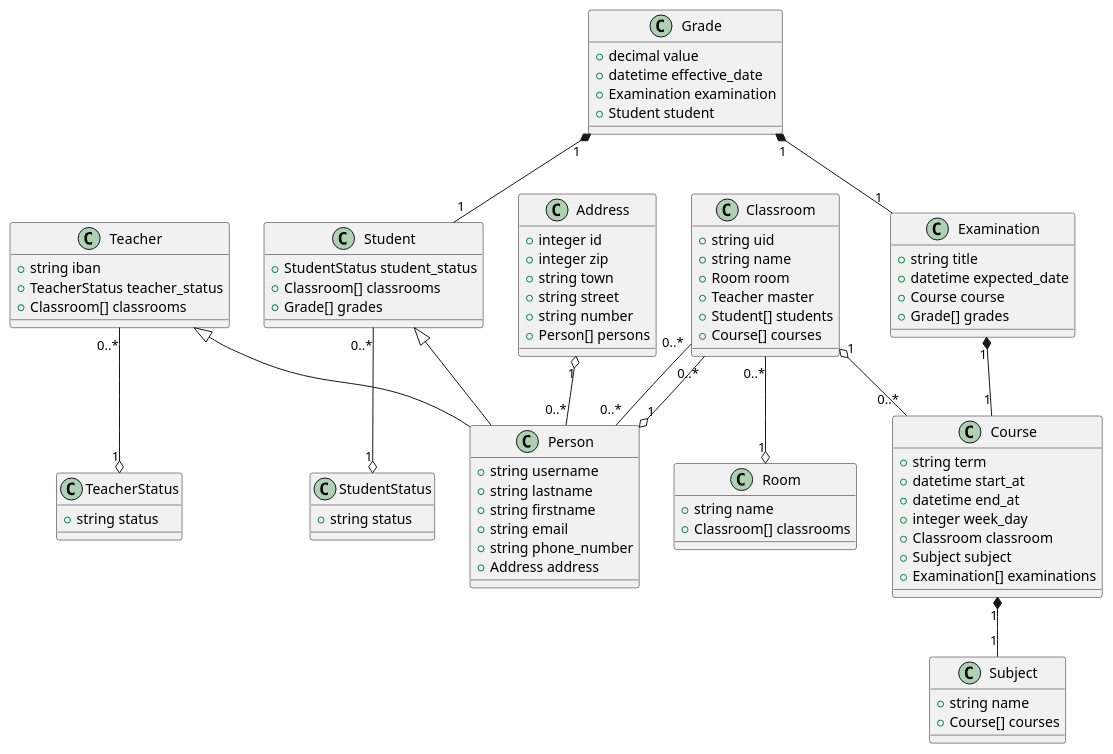
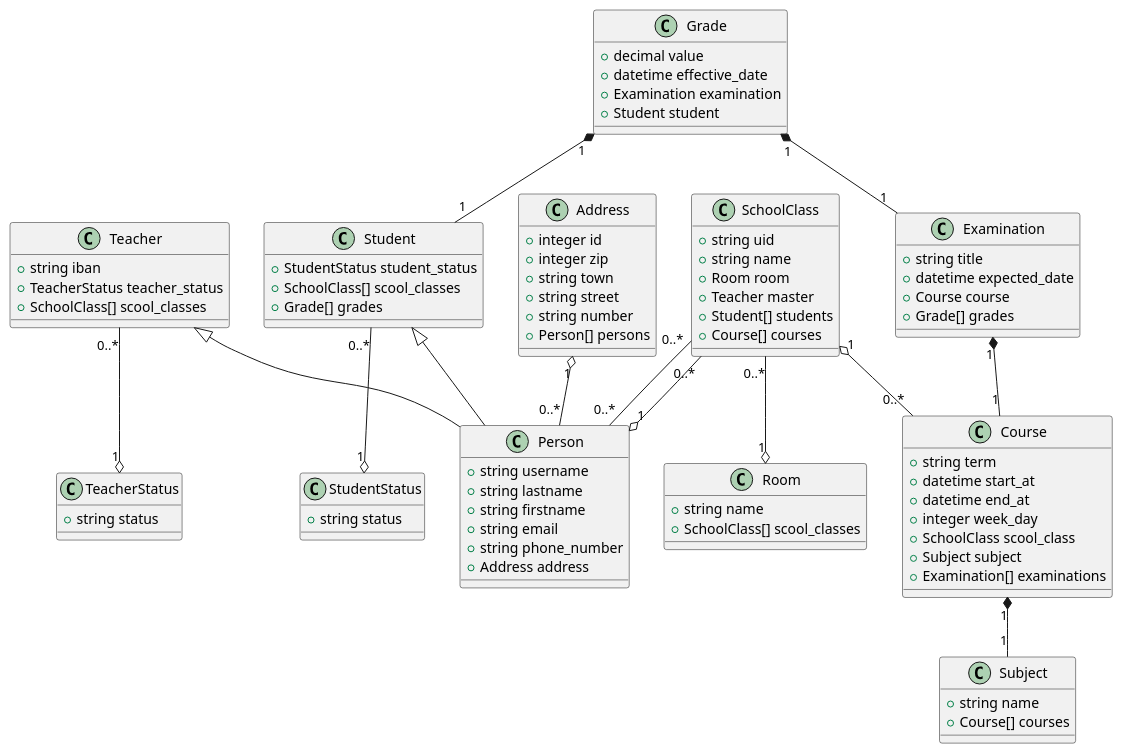
The diagram in doc/class-diagram.puml (EliottJaquierEdu/ROR), drawn with PlantUML before and after one commit.

Commit message:
Update class diagram to rename classroom to school_class

```diff
--- a/doc/class-diagram.puml
+++ b/doc/class-diagram.puml
@@ -1,99 +1,99 @@
 @startuml
 
 class Address {
   +integer id
   +integer zip
   +string town
   +string street
   +string number
   +Person[] persons
 }
 
 class Person {
   +string username
   +string lastname
   +string firstname
   +string email
   +string phone_number
   +Address address
 }
 
 class Teacher {
   +string iban
   +TeacherStatus teacher_status
-  +Classroom[] classrooms
+  +SchoolClass[] scool_classes
 }
 
 class Student {
   +StudentStatus student_status
-  +Classroom[] classrooms
+  +SchoolClass[] scool_classes
   +Grade[] grades
 }
 
-class Classroom {
+class SchoolClass {
   +string uid
   +string name
   +Room room
   +Teacher master
   +Student[] students
   +Course[] courses
 }
 
 class Course {
   +string term
   +datetime start_at
   +datetime end_at
   +integer week_day
-  +Classroom classroom
+  +SchoolClass scool_class
   +Subject subject
   +Examination[] examinations
 }
 
 class Subject {
   +string name
   +Course[] courses
 }
 
 class Examination {
   +string title
   +datetime expected_date
   +Course course
   +Grade[] grades
 }
 
 class Grade {
   +decimal value
   +datetime effective_date
   +Examination examination
   +Student student
 }
 
 class Room {
   +string name
-  +Classroom[] classrooms
+  +SchoolClass[] scool_classes
 }
 
 class TeacherStatus {
   +string status
 }
 
 class StudentStatus {
   +string status
 }
 
 Address "1" o-- "0..*" Person
 Teacher "0..*" --o "1" TeacherStatus
 Student "0..*" --o "1" StudentStatus
-Classroom "0..*" -- "0..*" Person
-Classroom "0..*" --o "1" Room
-Classroom "0..*" --o "1" Person
-Classroom "1" o-- "0..*" Course
+SchoolClass "0..*" -- "0..*" Person
+SchoolClass "0..*" --o "1" Room
+SchoolClass "0..*" --o "1" Person
+SchoolClass "1" o-- "0..*" Course
 Course "1" *-- "1" Subject
 Examination "1" *-- "1" Course
 Grade "1" *-- "1" Examination
 Grade "1" *-- "1" Student
 
 Teacher <|-- Person
 Student <|-- Person
 
 @enduml
```
